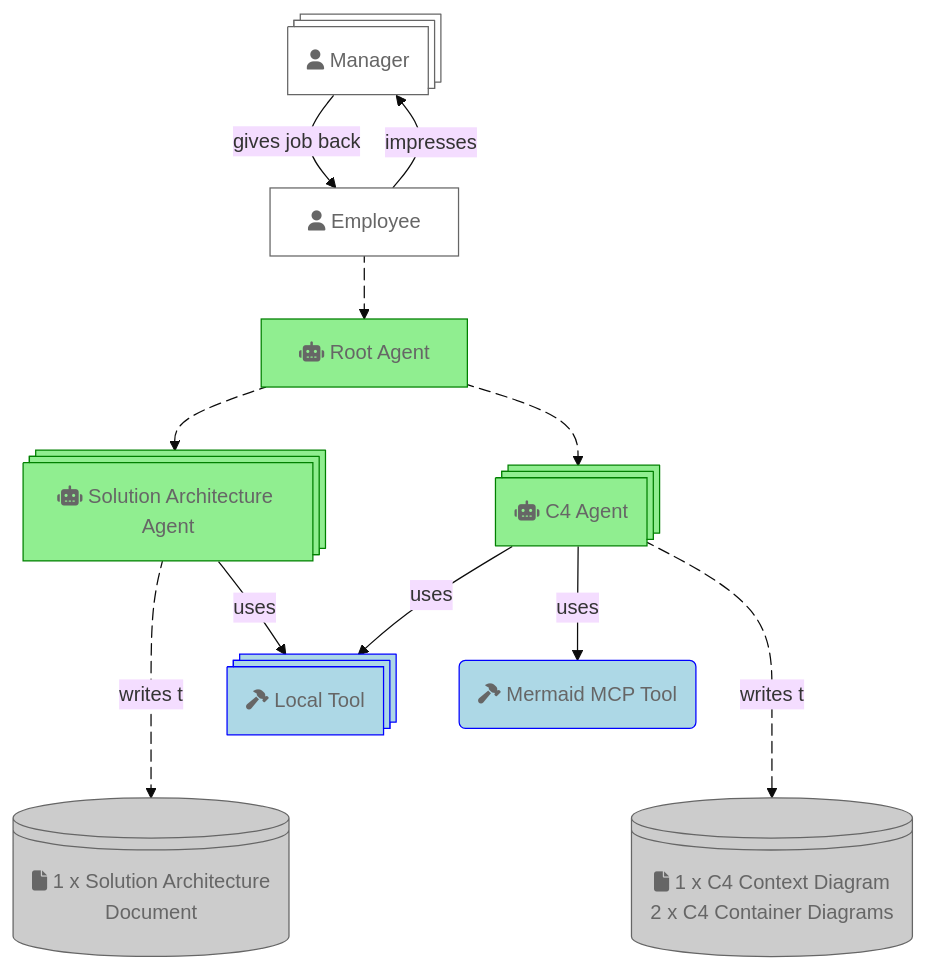
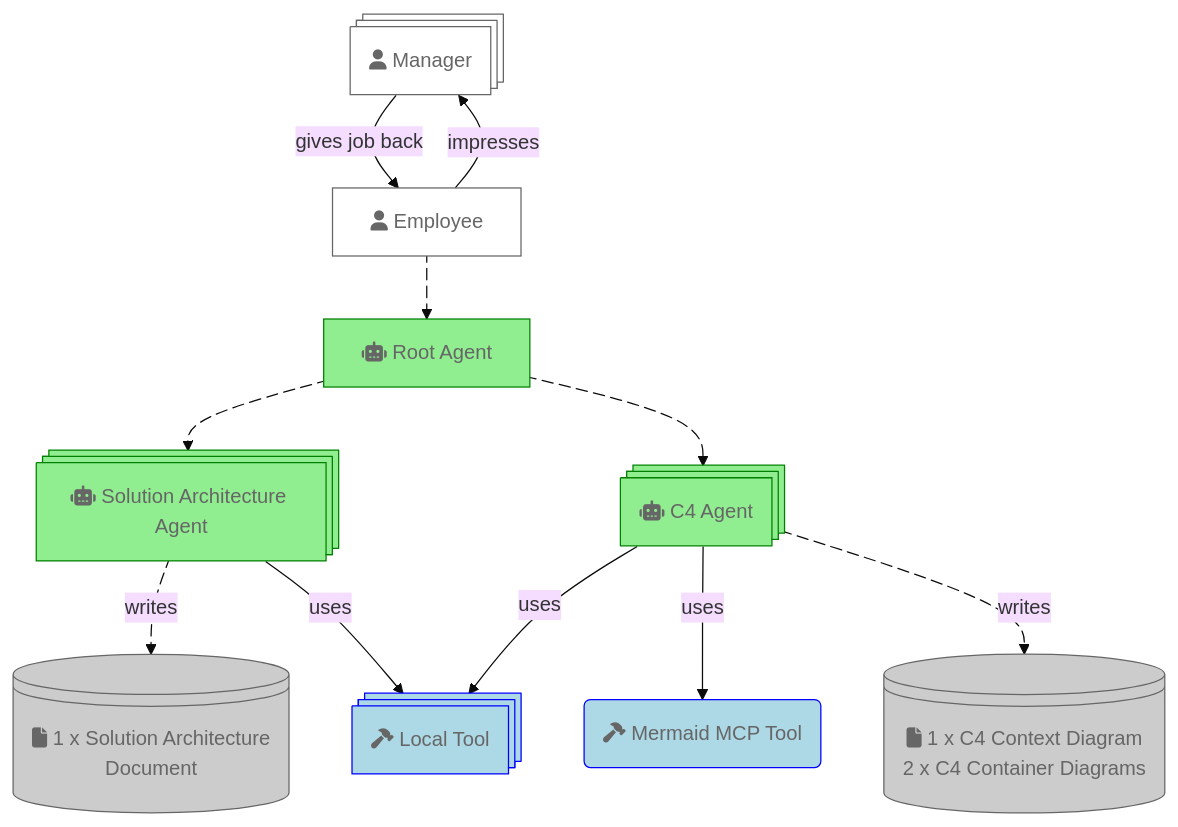
One commit to choonchernlim/keep-my-job-app changed the diagram in README.md. Above: the diagram before and after it, drawn with Mermaid (base theme).

Commit message:
Update architecture diagram in README.md to enhance clarity and detail

````diff
--- a/README.md
+++ b/README.md
@@ -20,34 +20,34 @@
 ```mermaid
 flowchart TD
     B:::userClass@{ shape: processes, label: "fa:fa-user Manager" }
     U["fa:fa-user Employee"]:::userClass
     AR["fa:fa-robot Root Agent"]:::agentClass
     AS:::agentClass@{ shape: processes, label: "fa:fa-robot Solution Architecture Agent" }
     AC:::agentClass@{ shape: processes, label: "fa:fa-robot C4 Agent" }
     DM:::artifactClass@{ shape: lin-cyl, label: "fa:fa-file 1 x Solution Architecture\nDocument" }
     DD:::artifactClass@{ shape: lin-cyl, label: "fa:fa-file 1 x C4 Context Diagram \n 2 x C4 Container Diagrams" }
     TL:::toolClass@{ shape: processes, label: "fa:fa-hammer Local Tool" }
     TM("fa:fa-hammer Mermaid MCP Tool"):::toolClass
 
     U--impresses-->B
     B--gives job back-->U
     U e0@-->AR
     AR e1@--> AS
     AR e2@--> AC
-    AS e3@--writes to--> DM
+    AS e3@--writes--> DM
     AS --uses--> TL
     AC --uses--> TL
     AC --uses--> TM
-    AC e4@--writes to--> DD
+    AC e4@--writes--> DD
 
     e0@{ animate: true }
     e1@{ animate: true }
     e2@{ animate: true }
     e3@{ animate: true }
     e4@{ animate: true }
 
     classDef userClass fill:#FFFFFF,stroke:#666666,color:#666666
     classDef toolClass fill:lightblue,stroke:blue,color:#666666
     classDef agentClass fill:lightgreen,stroke:green,color:#666666
     classDef artifactClass fill:#CCCCCC,stroke:#666666,color:#666666
 ```
````
